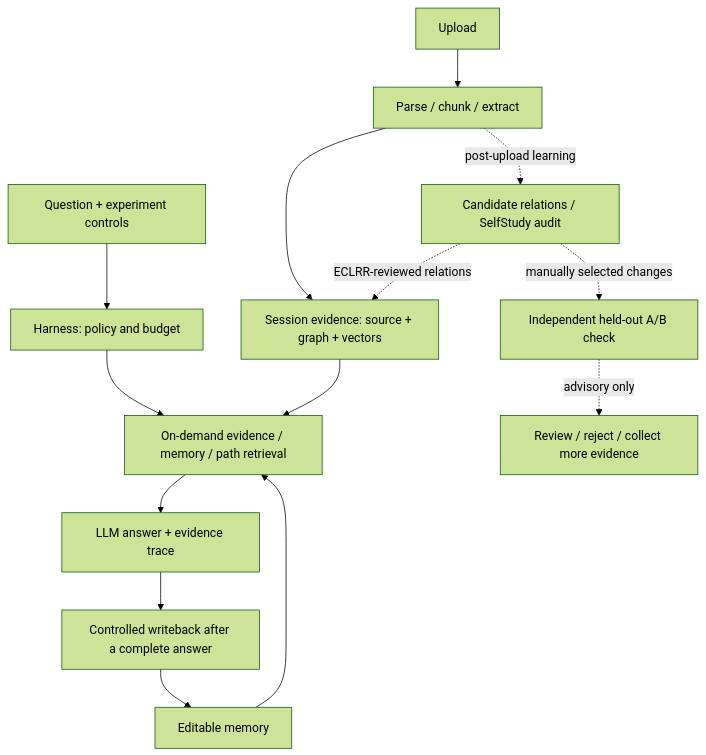
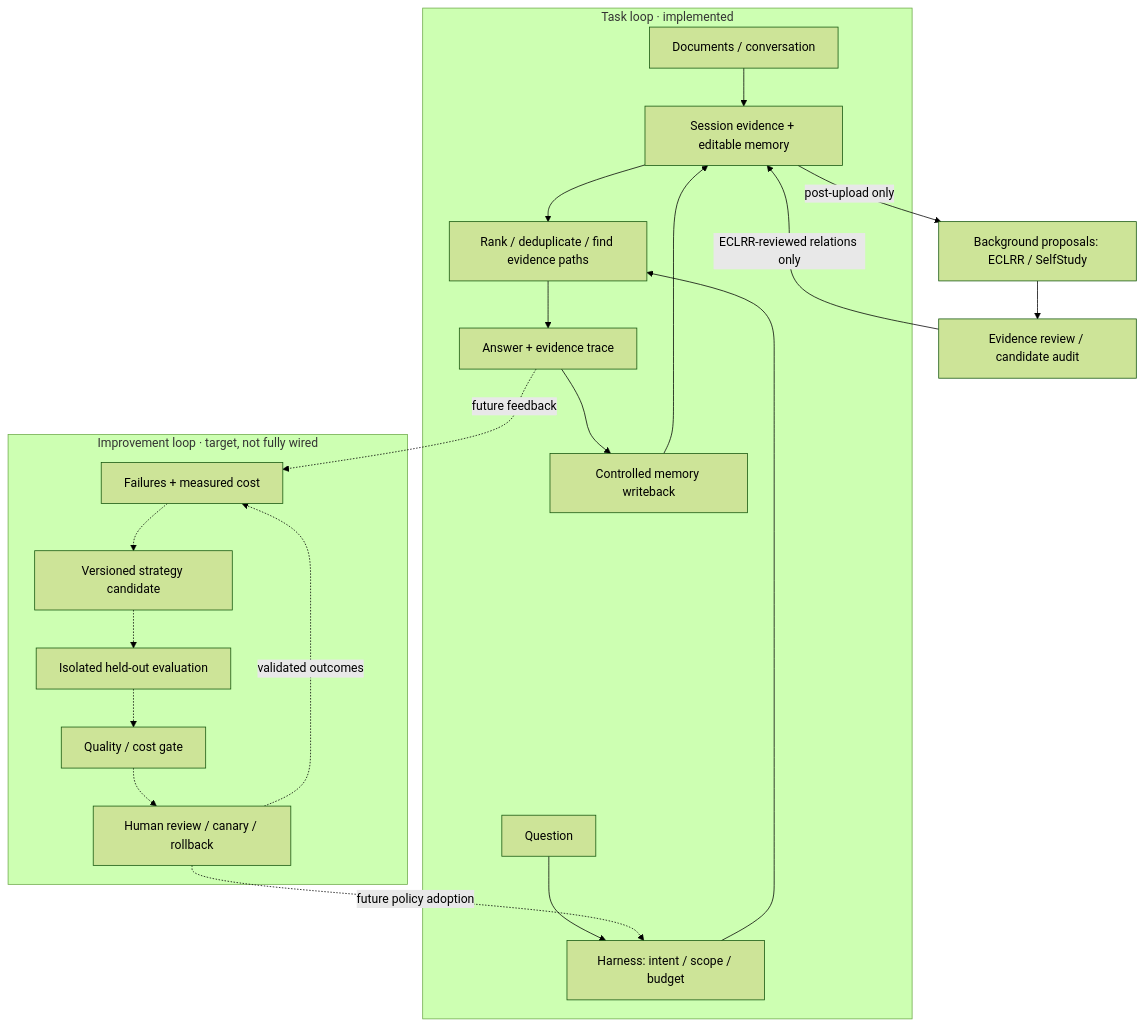
One commit to Yang-Jiashu/Doc-thinker changed the diagram in README.md. Above: the diagram before and after it, drawn with Mermaid (forest theme). The commit also changed other lines of this file and 27 other files, not shown here.

````diff
--- a/README.md
+++ b/README.md
@@ -36,16 +40,24 @@
 ```mermaid
 flowchart TD
-    U["Upload"] --> I["Parse / chunk / extract"]
-    I --> S["Session evidence: source + graph + vectors"]
-    Q["Question + experiment controls"] --> H["Harness: policy and budget"]
-    H --> R["On-demand evidence / memory / path retrieval"]
-    S --> R
-    M["Editable memory"] --> R
-    R --> A["LLM answer + evidence trace"]
-    A --> W["Controlled writeback after a complete answer"]
-    W --> M
-    I -.post-upload learning.-> C["Candidate relations / SelfStudy audit"]
-    C -.ECLRR-reviewed relations.-> S
-    C -.manually selected changes.-> E["Independent held-out A/B check"]
-    E -.advisory only.-> V["Review / reject / collect more evidence"]
+    subgraph Runtime["Task loop · implemented"]
+        U["Documents / conversation"] --> S["Session evidence + editable memory"]
+        Q["Question"] --> H["Harness: intent / scope / budget"]
+        H --> R["Rank / deduplicate / find evidence paths"]
+        S --> R
+        R --> A["Answer + evidence trace"]
+        A --> W["Controlled memory writeback"]
+        W --> S
+    end
+    S -->|post-upload only| C["Background proposals: ECLRR / SelfStudy"]
+    C --> D["Evidence review / candidate audit"]
+    D -->|ECLRR-reviewed relations only| S
+    subgraph Improvement["Improvement loop · target, not fully wired"]
+        F["Failures + measured cost"] -.-> V["Versioned strategy candidate"]
+        V -.-> E["Isolated held-out evaluation"]
+        E -.-> G["Quality / cost gate"]
+        G -.-> P["Human review / canary / rollback"]
+        P -.validated outcomes.-> F
+    end
+    A -.future feedback.-> F
+    P -.future policy adoption.-> H
 ```
````
